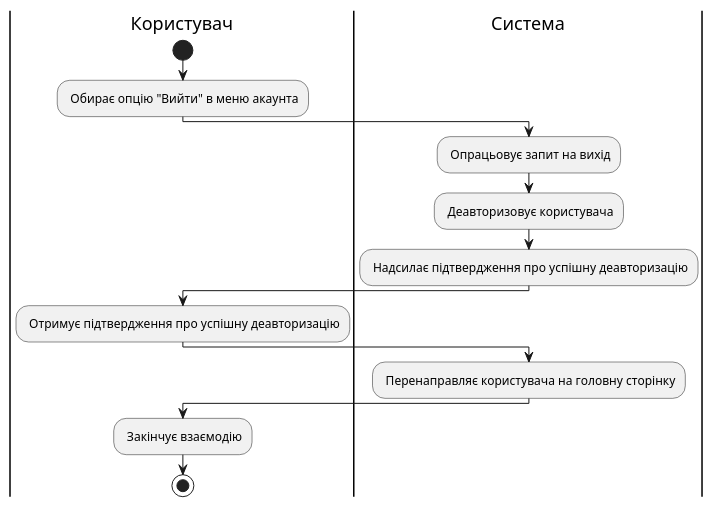
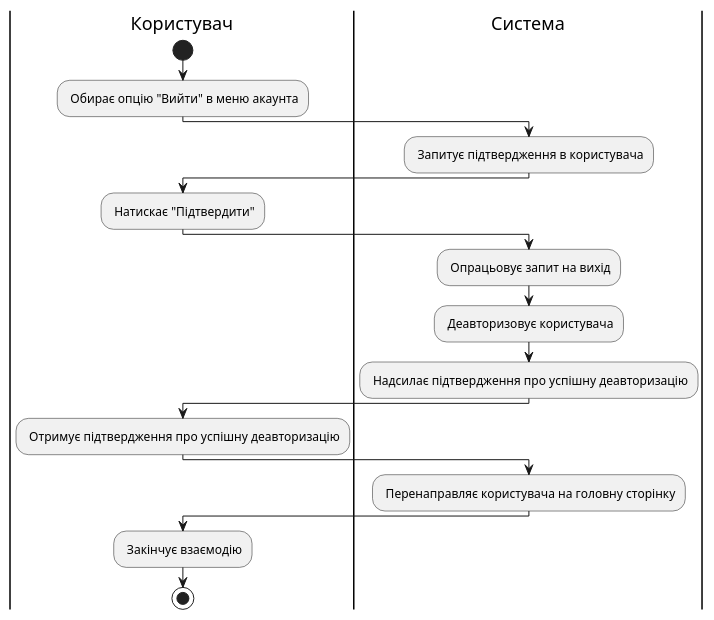
One commit to watashone/db-labs changed diagram 13 of 19 in docs/use cases/README.md. Above: the diagram before and after it, drawn with PlantUML. The commit also changed other lines of this file, not shown here.

```diff
--- a/docs/use cases/README.md
+++ b/docs/use cases/README.md
@@ -418,18 +451,22 @@
 @startuml
 
     |Користувач|
         start
         : Обирає опцію "Вийти" в меню акаунта;
+    |Система|
+        : Запитує підтвердження в користувача;
+    |Користувач|
+        : Натискає "Підтвердити";
     |Система|
         : Опрацьовує запит на вихід;
         : Деавторизовує користувача;
         : Надсилає підтвердження про успішну деавторизацію;
     |Користувач|
         : Отримує підтвердження про успішну деавторизацію;
     |Система|    
         : Перенаправляє користувача на головну сторінку;
     |Користувач|
         : Закінчує взаємодію;
         stop;
         
 @enduml
```
